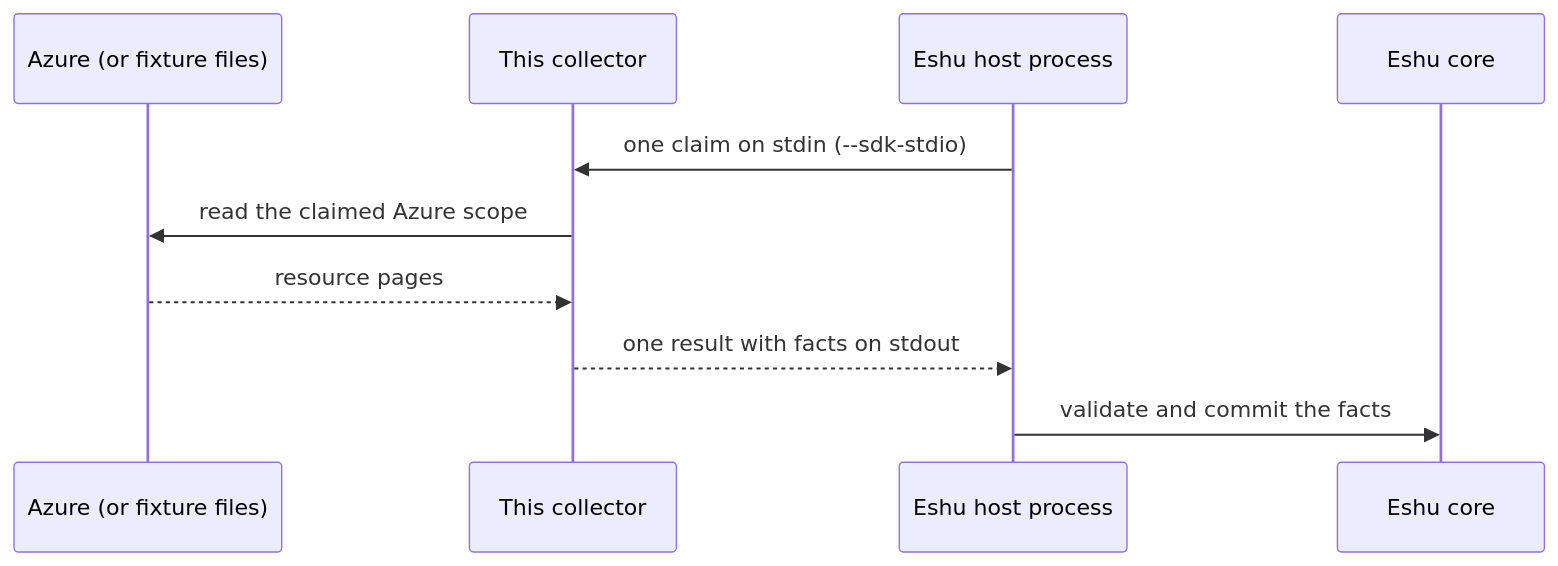
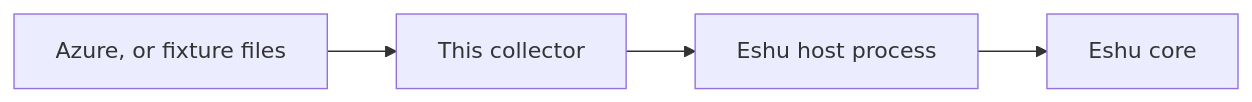
Before and after one commit to eshu-hq/eshu-collector-azure-cloud: the diagram in README.md, drawn with Mermaid. The commit also changed other lines of this file and 14 other files, not shown here.

````diff
--- a/README.md
+++ b/README.md
@@ -44,12 +14,6 @@
 ```mermaid
-sequenceDiagram
-    participant A as Azure (or fixture files)
-    participant C as This collector
-    participant H as Eshu host process
-    participant E as Eshu core
-    H->>C: one claim on stdin (--sdk-stdio)
-    C->>A: read the claimed Azure scope
-    A-->>C: resource pages
-    C-->>H: one result with facts on stdout
-    H->>E: validate and commit the facts
+flowchart LR
+    A[Azure, or fixture files] --> C[This collector]
+    C --> H[Eshu host process]
+    H --> E[Eshu core]
 ```
````
